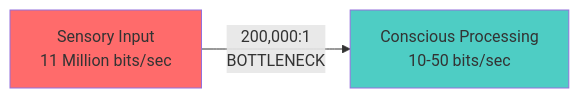
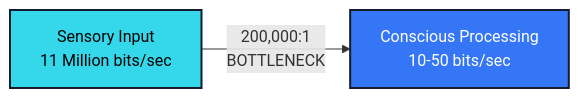
One commit to Feirbrand/synoeticos-public changed the second of 11 diagrams in docs/elevation-grid/elevation-grid-visualizations.md. Above: the diagram before and after it, drawn with Mermaid. The commit also changed other lines of this file and 8 other files, not shown here.

````diff
--- a/docs/elevation-grid/elevation-grid-visualizations.md
+++ b/docs/elevation-grid/elevation-grid-visualizations.md
@@ -51,7 +64,7 @@
 ```{mermaid}
 graph LR
     A["Sensory Input<br/>11 Million bits/sec"] -->|"200,000:1<br/>BOTTLENECK"| B["Conscious Processing<br/>10-50 bits/sec"]
     
-    style A fill:#ff6b6b
-    style B fill:#4ecdc4
+    style A fill:#34D8EA,stroke:#131B2C,stroke-width:2px,color:#000
+    style B fill:#3576F6,stroke:#131B2C,stroke-width:2px,color:#fff
 ```
````
